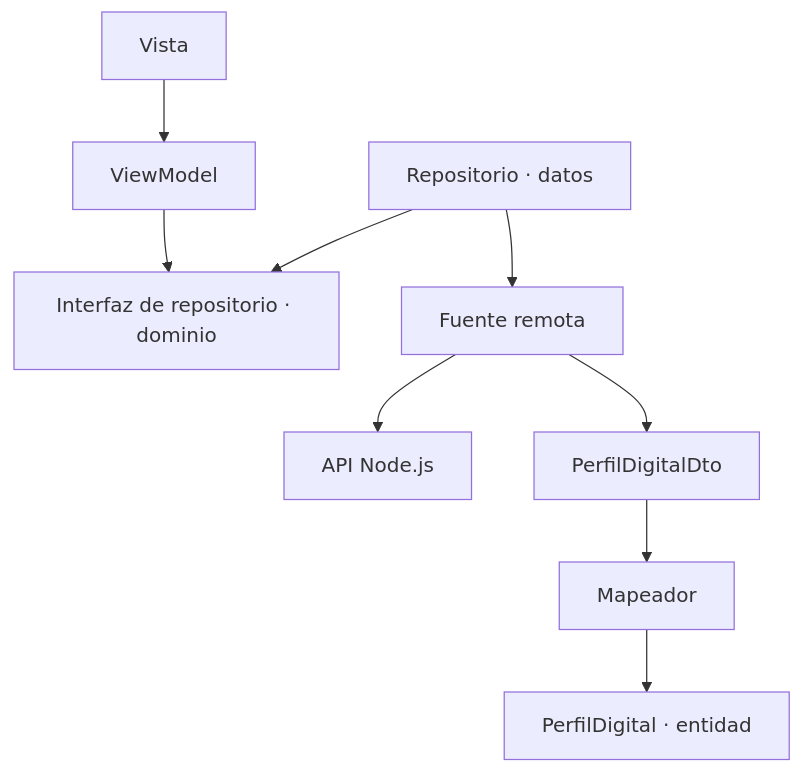
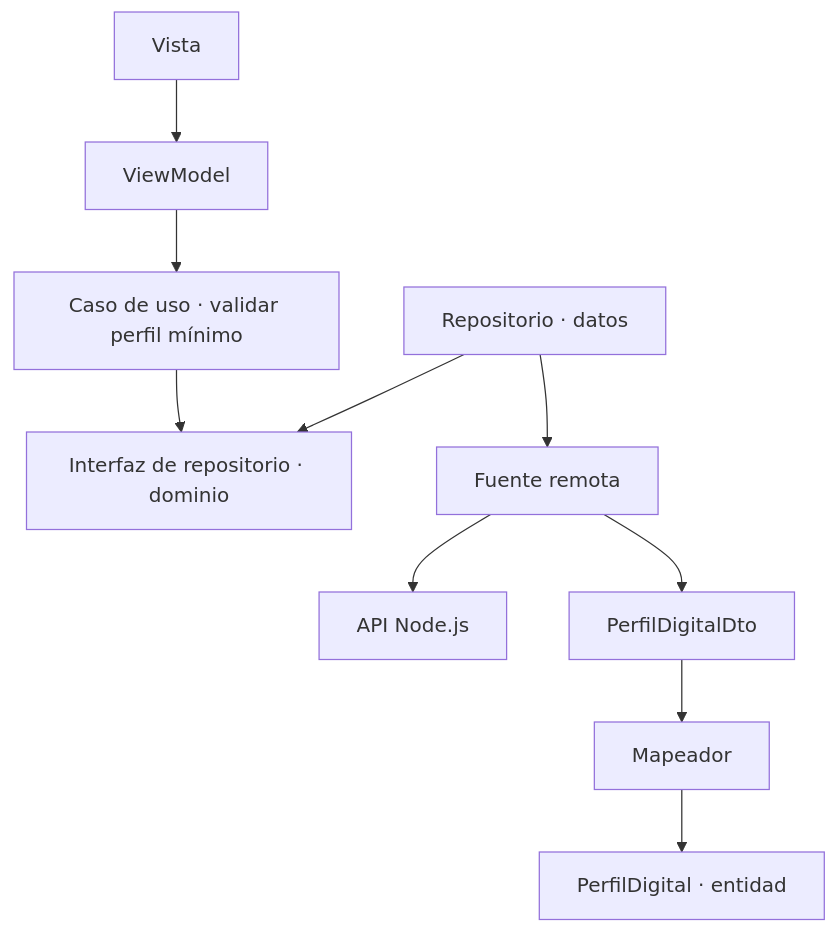
One commit to CarlosAyala1989/app-seguridad-entrada-upt changed the second of 3 diagrams in docs/arquitectura/arquitectura.md. Above: the diagram before and after it, drawn with Mermaid. The commit also changed other lines of this file and 4 other files, not shown here.

Commit message:
feat: validar los datos mínimos del perfil en dominio

````diff
--- a/docs/arquitectura/arquitectura.md
+++ b/docs/arquitectura/arquitectura.md
@@ -17,11 +17,12 @@
 ```mermaid
 flowchart TD
     V["Vista"] --> VM["ViewModel"]
-    VM --> R["Interfaz de repositorio · dominio"]
+    VM --> UC["Caso de uso · validar perfil mínimo"]
+    UC --> R["Interfaz de repositorio · dominio"]
     RI["Repositorio · datos"] --> R
     RI --> DS["Fuente remota"]
     DS --> API["API Node.js"]
     DTO["PerfilDigitalDto"] --> MAP["Mapeador"]
     MAP --> E["PerfilDigital · entidad"]
     DS --> DTO
 ```
````
